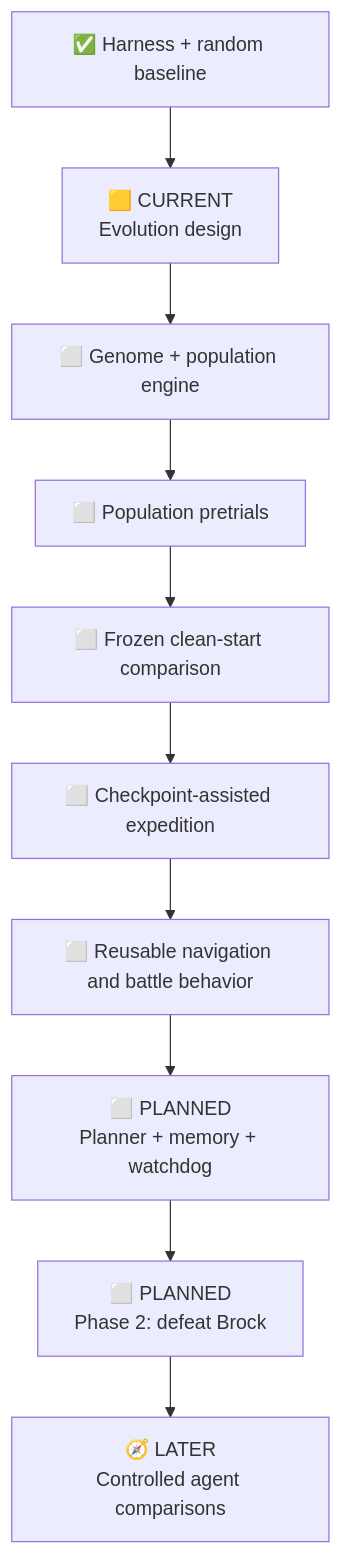
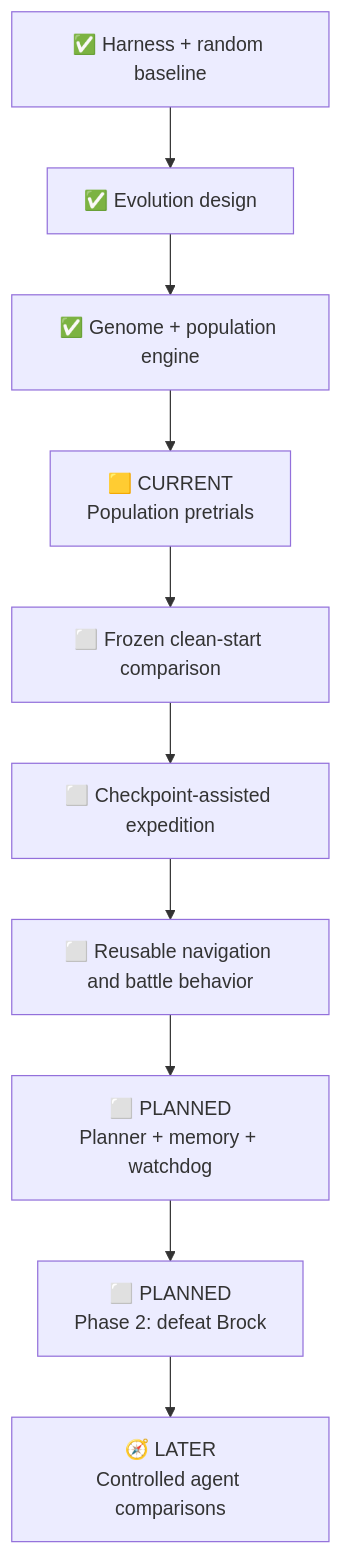
Before and after one commit to PeteAndrews1289/pokemon-red-ai: the diagram in docs/roadmap.md, drawn with Mermaid. The commit also changed other lines of this file and 12 other files, not shown here.

````diff
--- a/docs/roadmap.md
+++ b/docs/roadmap.md
@@ -38,12 +38,12 @@
 ```mermaid
 flowchart TD
-    P0["✅ Harness + random baseline"] --> EV0["🟨 CURRENT<br/>Evolution design"]
-    EV0 --> EV1["⬜ Genome + population engine"]
-    EV1 --> PRE["⬜ Population pretrials"]
+    P0["✅ Harness + random baseline"] --> EV0["✅ Evolution design"]
+    EV0 --> EV1["✅ Genome + population engine"]
+    EV1 --> PRE["🟨 CURRENT<br/>Population pretrials"]
     PRE --> REF["⬜ Frozen clean-start comparison"]
     REF --> P1["⬜ Checkpoint-assisted expedition"]
     P1 --> SK["⬜ Reusable navigation and battle behavior"]
     SK --> HY["⬜ PLANNED<br/>Planner + memory + watchdog"]
     HY --> P2["⬜ PLANNED<br/>Phase 2: defeat Brock"]
     P2 --> AB["🧭 LATER<br/>Controlled agent comparisons"]
 ```
````
